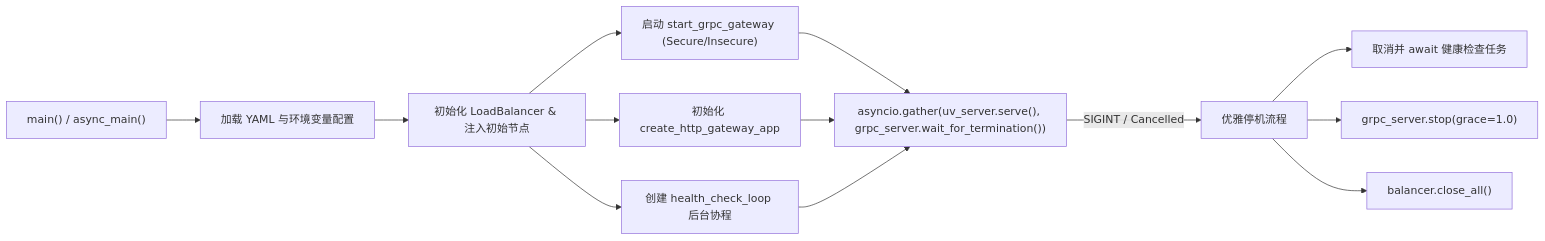
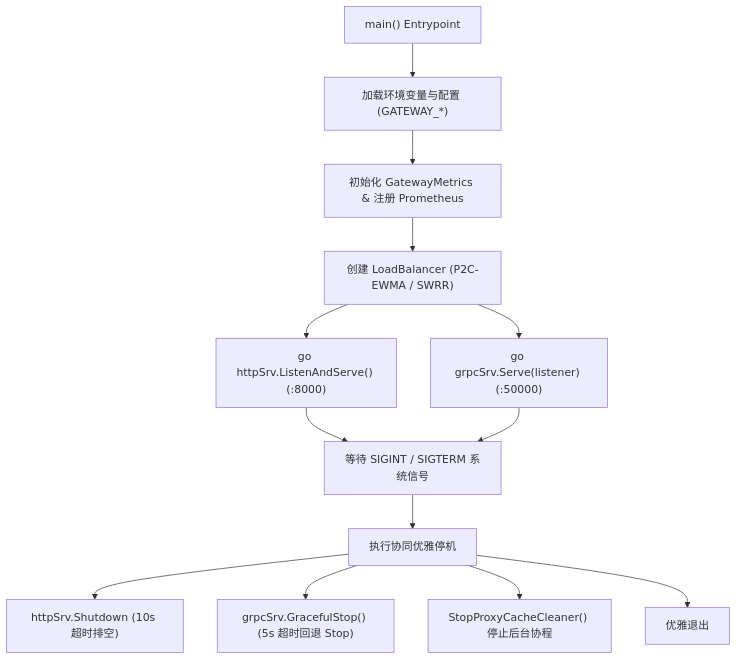
One commit to fengzhizi319/PrivShield changed diagram 11 of 21 in docs/gateway_balancer/design.md. Above: the diagram before and after it, drawn with Mermaid. The commit also changed other lines of this file and 10 other files, not shown here.

````diff
--- a/docs/gateway_balancer/design.md
+++ b/docs/gateway_balancer/design.md
@@ -793,17 +906,17 @@
 ```mermaid
-graph LR
-    Main["main() / async_main()"] --> LoadCfg["加载 YAML 与环境变量配置"]
-    LoadCfg --> InitLB["初始化 LoadBalancer & 注入初始节点"]
-    InitLB --> StartGrpc["启动 start_grpc_gateway (Secure/Insecure)"]
-    InitLB --> StartHttp["初始化 create_http_gateway_app"]
-    InitLB --> StartHC["创建 health_check_loop 后台协程"]
+flowchart TB
+    Main["main() Entrypoint"] --> LoadConfig["加载环境变量与配置 (GATEWAY_*)"]
+    LoadConfig --> InitMetrics["初始化 GatewayMetrics & 注册 Prometheus"]
+    InitMetrics --> InitLB["创建 LoadBalancer (P2C-EWMA / SWRR)"]
+    InitLB --> GoHTTP["go httpSrv.ListenAndServe() (:8000)"]
+    InitLB --> GoGRPC["go grpcSrv.Serve(listener) (:50000)"]
     
-    StartGrpc --> Gather["asyncio.gather(uv_server.serve(), grpc_server.wait_for_termination())"]
-    StartHttp --> Gather
-    StartHC --> Gather
-
-    Gather -->|SIGINT / Cancelled| Shutdown["优雅停机流程"]
-    Shutdown --> CancelHC["取消并 await 健康检查任务"]
-    Shutdown --> StopGrpc["grpc_server.stop(grace=1.0)"]
-    Shutdown --> CloseChannels["balancer.close_all()"]
+    GoHTTP --> WaitSignal["等待 SIGINT / SIGTERM 系统信号"]
+    GoGRPC --> WaitSignal
+    
+    WaitSignal --> Shutdown["执行协同优雅停机"]
+    Shutdown --> StopHTTP["httpSrv.Shutdown (10s 超时排空)"]
+    Shutdown --> StopGRPC["grpcSrv.GracefulStop() (5s 超时回退 Stop)"]
+    Shutdown --> StopCleaner["StopProxyCacheCleaner() 停止后台协程"]
+    Shutdown --> Exit["优雅退出"]
 ```
````
